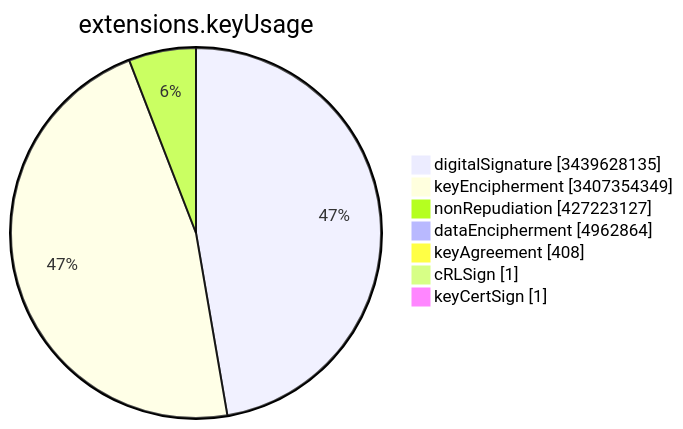
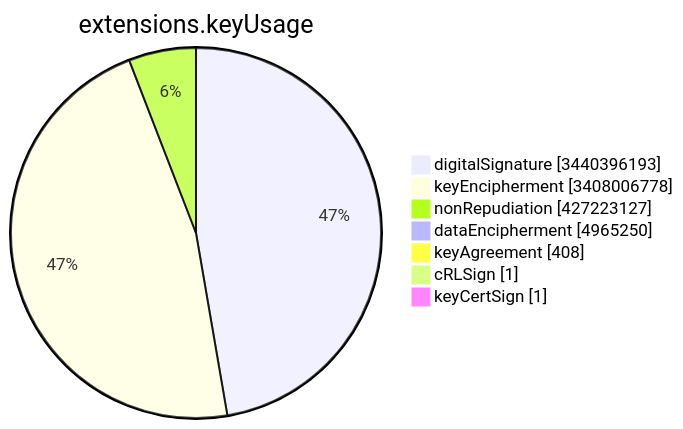
Before and after one commit to christiankrug/ctmonitor_visualization: the sixth of 15 diagrams in TOTAL/README.md, drawn with Mermaid. The commit also changed other lines of this file, not shown here.

````diff
--- a/TOTAL/README.md
+++ b/TOTAL/README.md
@@ -3081,11 +3082,11 @@
 ```mermaid
 pie showData
 title extensions.keyUsage
-"digitalSignature" :3439628135
-"keyEncipherment" :3407354349
+"digitalSignature" :3440396193
+"keyEncipherment" :3408006778
 "nonRepudiation" :427223127
-"dataEncipherment" :4962864
+"dataEncipherment" :4965250
 "keyAgreement" :408
 "cRLSign" :1
 "keyCertSign" :1
 ```
````
